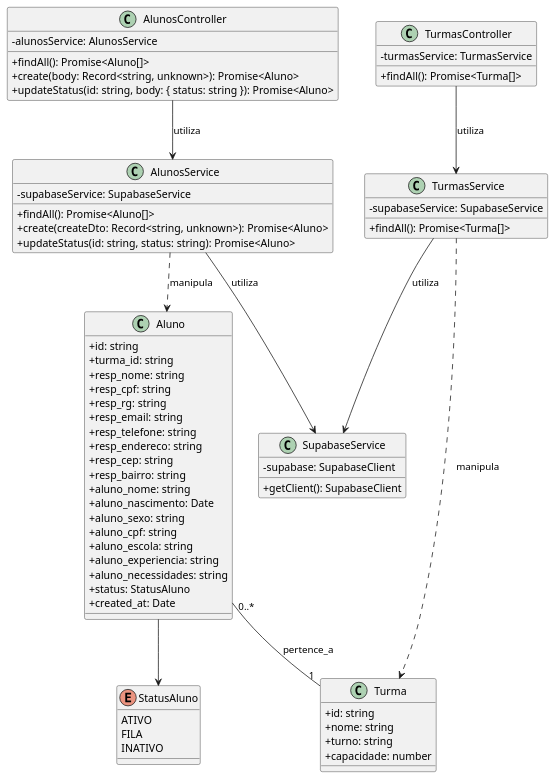
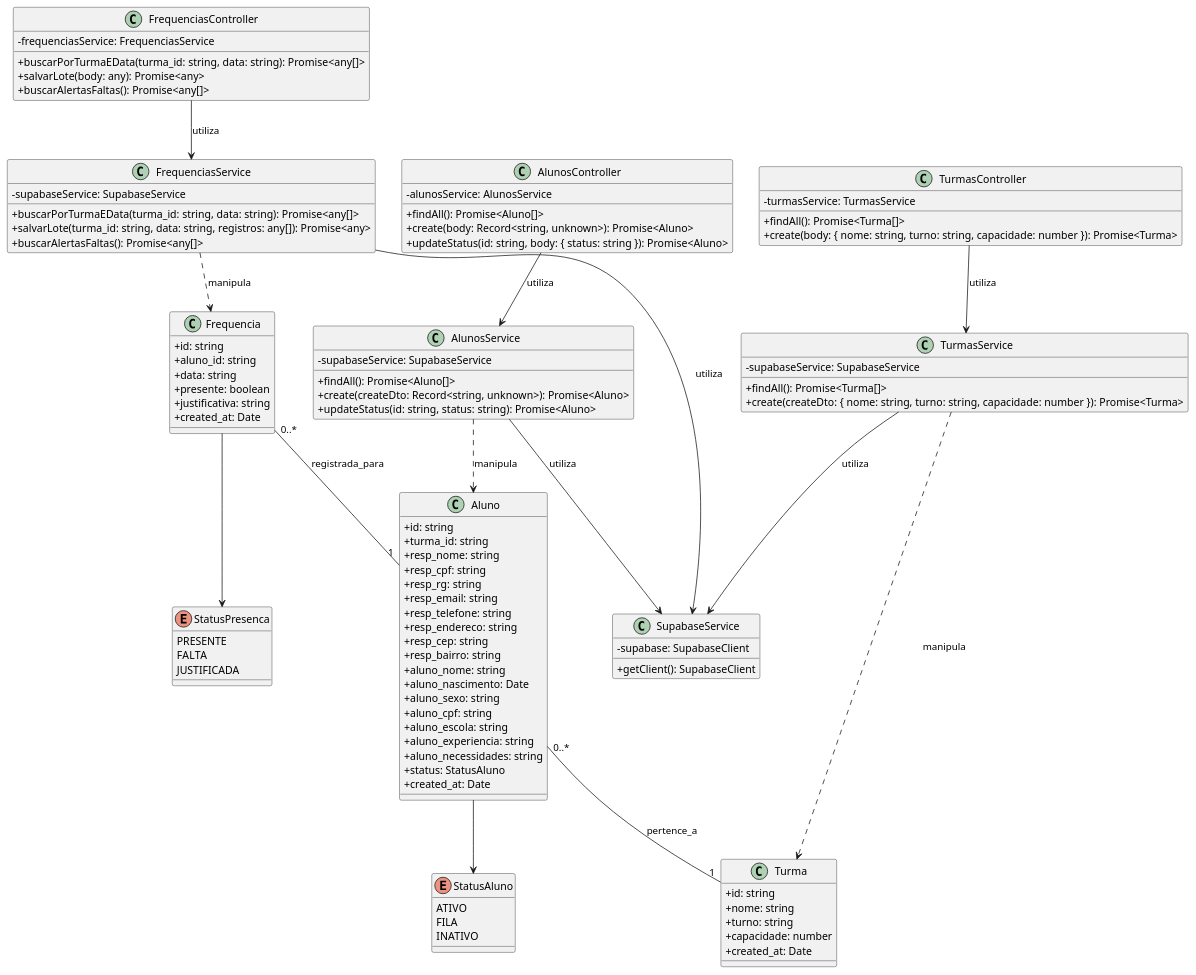
Before and after one commit to heduardowitkoski/odessamacedoChamada: the second of 4 diagrams in DIAGRAMAS_UML.md, drawn with PlantUML. The commit also changed other lines of this file and 1 other file, not shown here.

Commit message:
docs: atualizacao completa da documentacao do projeto e diagramas UML com as ultimas funcionalidades

````diff
--- a/DIAGRAMAS_UML.md
+++ b/DIAGRAMAS_UML.md
@@ -59,11 +62,18 @@
   INATIVO
 }
 
+enum StatusPresenca {
+  PRESENTE
+  FALTA
+  JUSTIFICADA
+}
+
 class Turma {
   +id: string
   +nome: string
   +turno: string
   +capacidade: number
+  +created_at: Date
 }
 
 class Aluno {
@@ -88,6 +98,15 @@
   +created_at: Date
 }
 
+class Frequencia {
+  +id: string
+  +aluno_id: string
+  +data: string
+  +presente: boolean
+  +justificativa: string
+  +created_at: Date
+}
+
 class AlunosController {
   -alunosService: AlunosService
   +findAll(): Promise<Aluno[]>
@@ -105,11 +124,27 @@
 class TurmasController {
   -turmasService: TurmasService
   +findAll(): Promise<Turma[]>
+  +create(body: { nome: string, turno: string, capacidade: number }): Promise<Turma>
 }
 
 class TurmasService {
   -supabaseService: SupabaseService
   +findAll(): Promise<Turma[]>
+  +create(createDto: { nome: string, turno: string, capacidade: number }): Promise<Turma>
+}
+
+class FrequenciasController {
+  -frequenciasService: FrequenciasService
+  +buscarPorTurmaEData(turma_id: string, data: string): Promise<any[]>
+  +salvarLote(body: any): Promise<any>
+  +buscarAlertasFaltas(): Promise<any[]>
+}
+
+class FrequenciasService {
+  -supabaseService: SupabaseService
+  +buscarPorTurmaEData(turma_id: string, data: string): Promise<any[]>
+  +salvarLote(turma_id: string, data: string, registros: any[]): Promise<any>
+  +buscarAlertasFaltas(): Promise<any[]>
 }
 
 class SupabaseService {
@@ -119,11 +154,19 @@
 
 AlunosController --> AlunosService : utiliza
 TurmasController --> TurmasService : utiliza
+FrequenciasController --> FrequenciasService : utiliza
+
 AlunosService --> SupabaseService : utiliza
 TurmasService --> SupabaseService : utiliza
+FrequenciasService --> SupabaseService : utiliza
+
 AlunosService ..> Aluno : manipula
 TurmasService ..> Turma : manipula
+FrequenciasService ..> Frequencia : manipula
+
 Aluno --> StatusAluno
+Frequencia --> StatusPresenca
 Aluno "0..*" -- "1" Turma : pertence_a
+Frequencia "0..*" -- "1" Aluno : registrada_para
 @enduml
 ```
````
